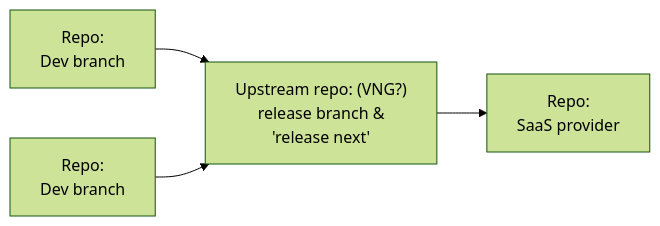
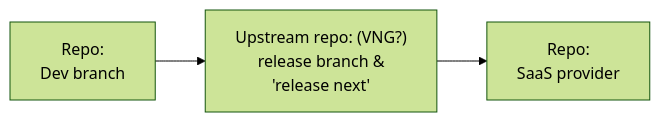
The first of 3 diagrams in docs/verslag-ecosysteem-en-rollen.md (open-zaak/samenwerken), drawn with Mermaid (forest theme) before and after one commit. The commit also changed other lines of this file and 2 other files, not shown here.

````diff
--- a/docs/verslag-ecosysteem-en-rollen.md
+++ b/docs/verslag-ecosysteem-en-rollen.md
@@ -126,14 +149,11 @@
 ```mermaid
 graph LR
     %% Nodes
     Dev1["Repo:<br/>Dev branch"]
-    Dev2["Repo:<br/>Dev branch"]
     SaaS["Repo:<br/>SaaS provider"]
-    
     Upstream["Upstream repo: (VNG?)<br/>release branch &<br/>'release next'"]
 
     %% Connections
     Dev1 --> Upstream
-    Dev2 --> Upstream
     Upstream --> SaaS
 ```
````
